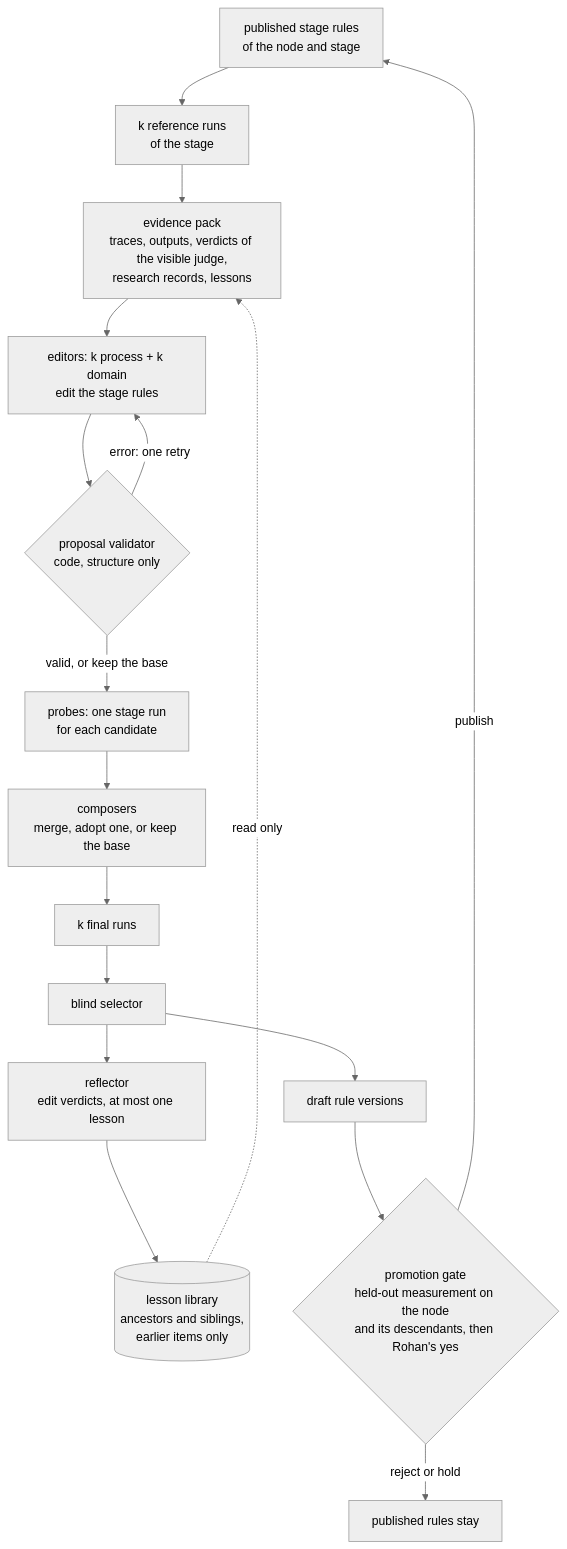
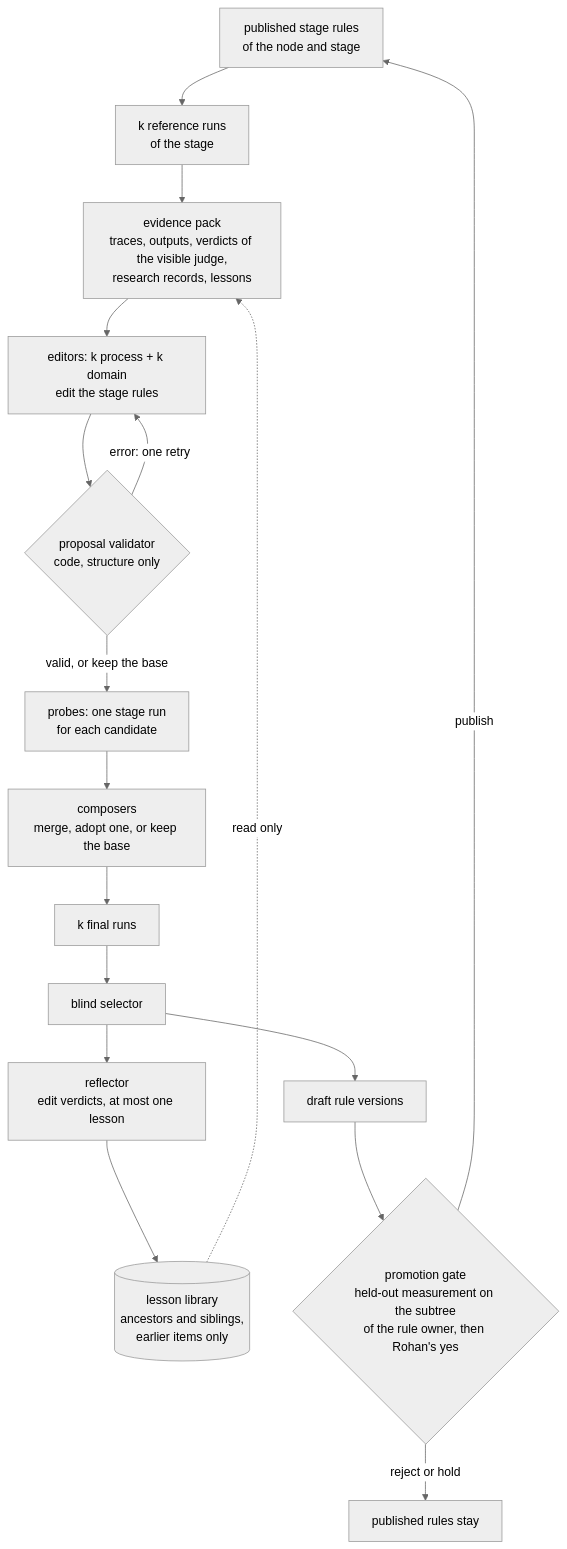
Before and after one commit to Ronitron007/product-eval-harness: the diagram in docs/design/self-improvement.md, drawn with Mermaid (neutral theme). The commit also changed other lines of this file and 13 other files, not shown here.

````diff
--- a/docs/design/self-improvement.md
+++ b/docs/design/self-improvement.md
@@ -40,19 +40,19 @@
 ```mermaid
 flowchart TD
   PUB["published stage rules<br/>of the node and stage"] --> REF["k reference runs<br/>of the stage"]
   REF --> EP["evidence pack<br/>traces, outputs, verdicts of the visible judge,<br/>research records, lessons"]
   LIB[("lesson library<br/>ancestors and siblings,<br/>earlier items only")] -.read only.-> EP
   EP --> ED["editors: k process + k domain<br/>edit the stage rules"]
   ED --> VAL{"proposal validator<br/>code, structure only"}
   VAL -->|"error: one retry"| ED
   VAL -->|"valid, or keep the base"| PR["probes: one stage run<br/>for each candidate"]
   PR --> CO["composers<br/>merge, adopt one, or keep the base"]
   CO --> FIN["k final runs"]
   FIN --> SEL["blind selector"]
   SEL --> RE["reflector<br/>edit verdicts, at most one lesson"]
   RE --> LIB
   SEL --> DR["draft rule versions"]
-  DR --> GATE{"promotion gate<br/>held-out measurement on the node<br/>and its descendants, then Rohan's yes"}
+  DR --> GATE{"promotion gate<br/>held-out measurement on the subtree<br/>of the rule owner, then Rohan's yes"}
   GATE -->|"publish"| PUB
   GATE -->|"reject or hold"| KEEP["published rules stay"]
 ```
````
